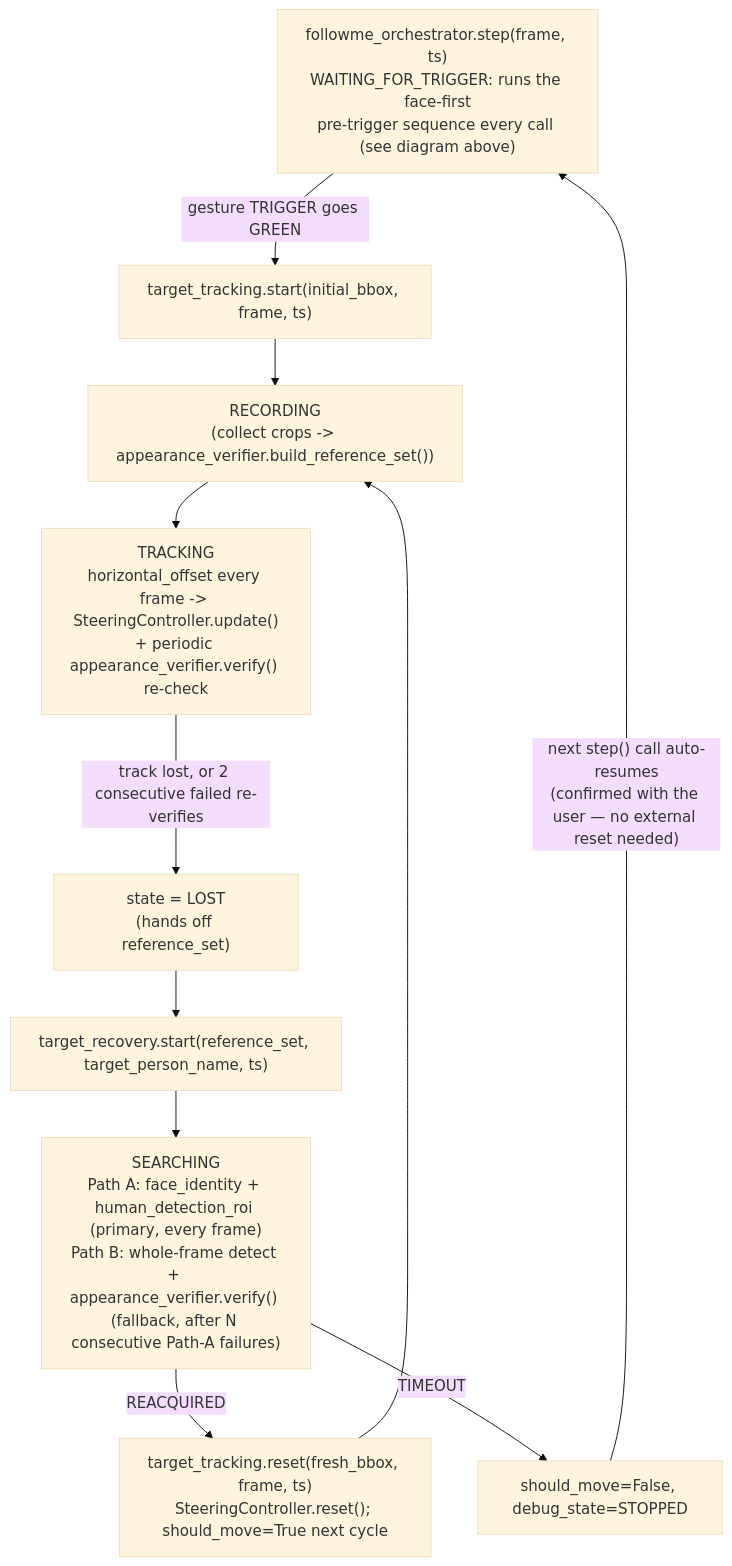
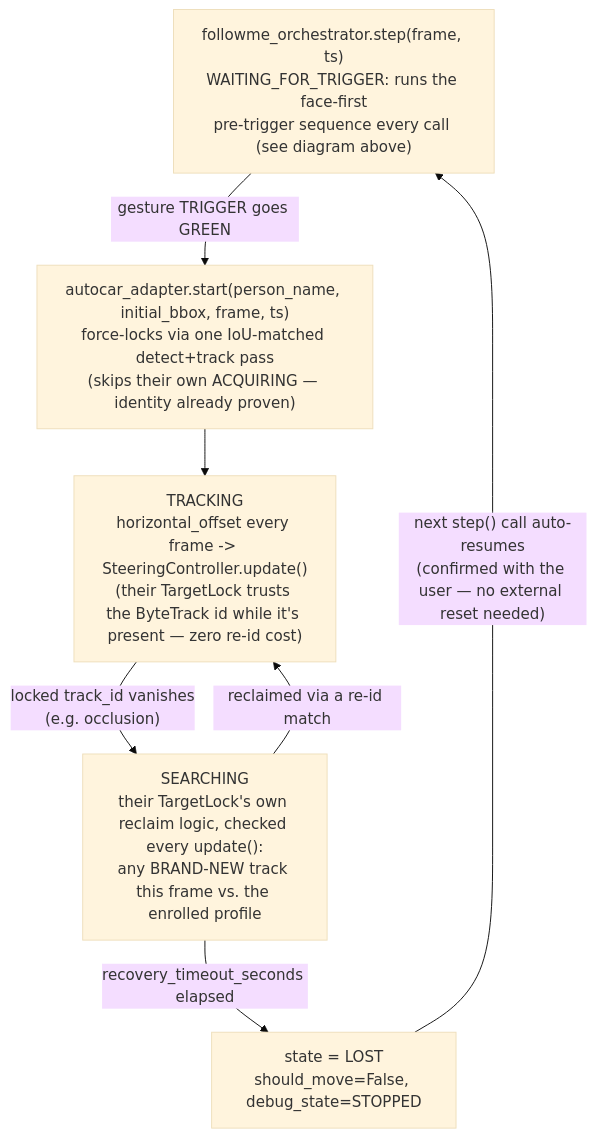
One commit to NhatNam041206/UOG_ARL_FOLLOWME changed the second of 3 diagrams in docs/architecture.md. Above: the diagram before and after it, drawn with Mermaid (base theme). The commit also changed other lines of this file and 5 other files, not shown here.

````diff
--- a/docs/architecture.md
+++ b/docs/architecture.md
@@ -160,13 +190,9 @@
 ```mermaid
 flowchart TD
-    W["followme_orchestrator.step(frame, ts)\nWAITING_FOR_TRIGGER: runs the face-first\npre-trigger sequence every call (see diagram above)"] -->|"gesture TRIGGER goes GREEN"| S["target_tracking.start(initial_bbox, frame, ts)"]
-    S --> REC["RECORDING\n(collect crops -> appearance_verifier.build_reference_set())"]
-    REC --> TRK["TRACKING\nhorizontal_offset every frame -> SteeringController.update()\n+ periodic appearance_verifier.verify() re-check"]
-    TRK -->|track lost, or 2 consecutive failed re-verifies| LOST["state = LOST\n(hands off reference_set)"]
-    LOST --> RS["target_recovery.start(reference_set, target_person_name, ts)"]
-    RS --> SEARCH["SEARCHING\nPath A: face_identity + human_detection_roi (primary, every frame)\nPath B: whole-frame detect + appearance_verifier.verify() (fallback, after N consecutive Path-A failures)"]
-    SEARCH -->|REACQUIRED| RESET["target_tracking.reset(fresh_bbox, frame, ts)\nSteeringController.reset(); should_move=True next cycle"]
-    RESET --> REC
-    SEARCH -->|TIMEOUT| STOPPED["should_move=False, debug_state=STOPPED"]
-    STOPPED -->|"next step() call auto-resumes\n(confirmed with the user — no external reset needed)"| W
+    W["followme_orchestrator.step(frame, ts)\nWAITING_FOR_TRIGGER: runs the face-first\npre-trigger sequence every call (see diagram above)"] -->|"gesture TRIGGER goes GREEN"| S["autocar_adapter.start(person_name, initial_bbox, frame, ts)\nforce-locks via one IoU-matched detect+track pass\n(skips their own ACQUIRING — identity already proven)"]
+    S --> TRK["TRACKING\nhorizontal_offset every frame -> SteeringController.update()\n(their TargetLock trusts the ByteTrack id while it's present — zero re-id cost)"]
+    TRK -->|"locked track_id vanishes\n(e.g. occlusion)"| SEARCH["SEARCHING\ntheir TargetLock's own reclaim logic, checked every update():\nany BRAND-NEW track this frame vs. the enrolled profile"]
+    SEARCH -->|reclaimed via a re-id match| TRK
+    SEARCH -->|recovery_timeout_seconds elapsed| LOST["state = LOST\nshould_move=False, debug_state=STOPPED"]
+    LOST -->|"next step() call auto-resumes\n(confirmed with the user — no external reset needed)"| W
 ```
````
